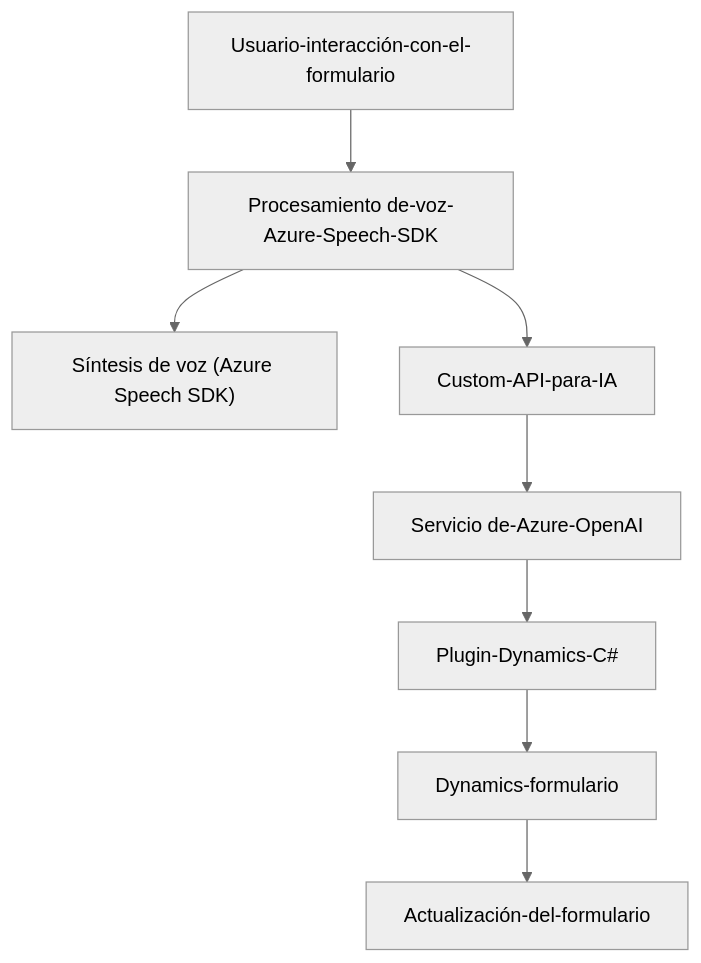
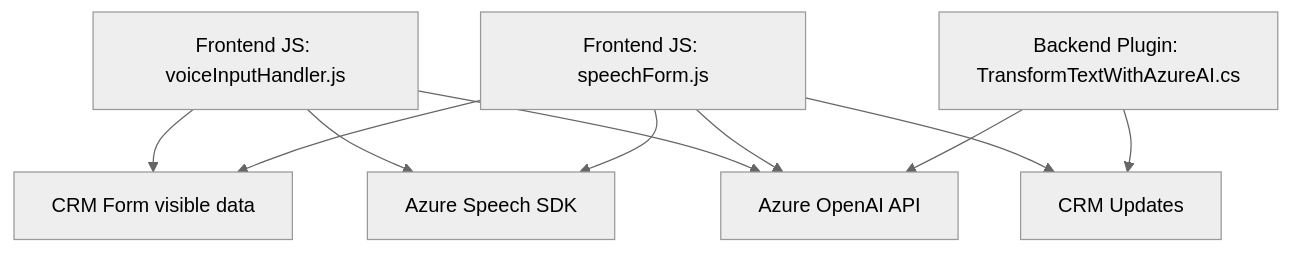
Before and after one commit to blopezdm/NETCORE_BILBAO2025: the diagram in README.md, drawn with Mermaid (neutral theme). The commit also changed other lines of this file, not shown here.

Commit message:
Actualizar análisis global de la solución con IA

````diff
--- a/README.md
+++ b/README.md
@@ -37,19 +39,23 @@
 ```mermaid
 graph TD
-    Start["Usuario-interacción-con-el-formulario"]
-    ProcessVoice["Procesamiento de-voz-Azure-Speech-SDK"]
-    ConvertAudio["Síntesis de voz (Azure Speech SDK)"]
-    CustomApi["Custom-API-para-IA"]
-    Plugin["Plugin-Dynamics-C#"]
-    AzureOpenAI["Servicio de-Azure-OpenAI"]
-    DynamicsForm["Dynamics-formulario"]
-    UpdateForm["Actualización-del-formulario"]
+    A["Frontend JS: voiceInputHandler.js"]
+    B["Frontend JS: speechForm.js"]
+    C["Backend Plugin: TransformTextWithAzureAI.cs"]
 
-    Start --> ProcessVoice
-    ProcessVoice --> ConvertAudio
-    ProcessVoice --> CustomApi
-    CustomApi --> AzureOpenAI
-    AzureOpenAI --> Plugin
-    Plugin --> DynamicsForm
-    DynamicsForm --> UpdateForm
+    D["CRM Form visible data"]
+    E["Azure Speech SDK"]
+    F["Azure OpenAI API"]
+    G["CRM Updates"]
+
+    A --> D
+    A --> E
+    A --> F
+
+    B --> D
+    B --> E
+    B --> F
+    B --> G
+
+    C --> F
+    C --> G
 ```
````
